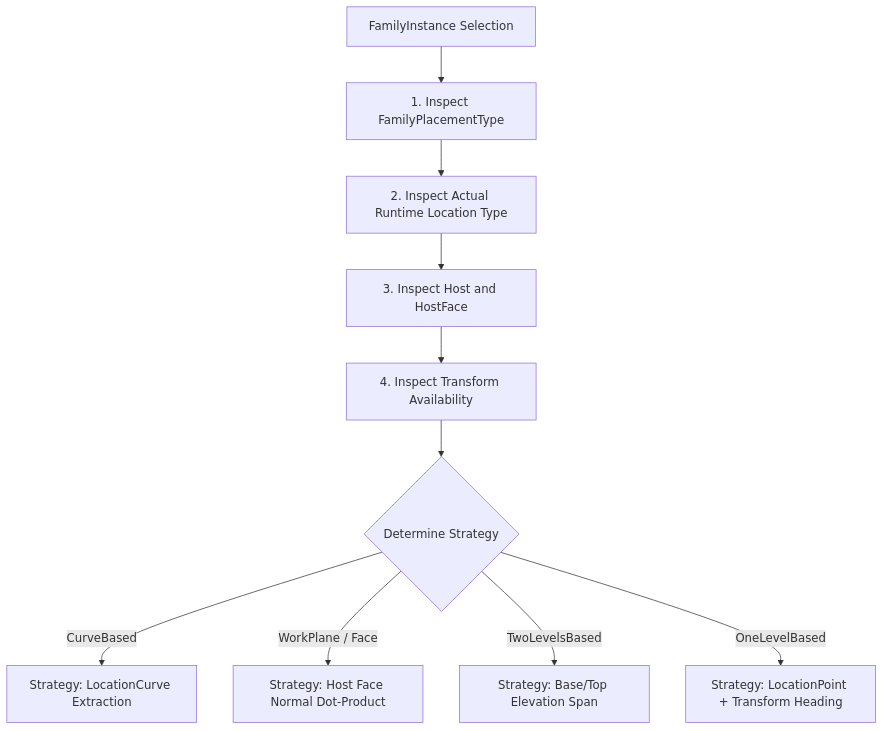
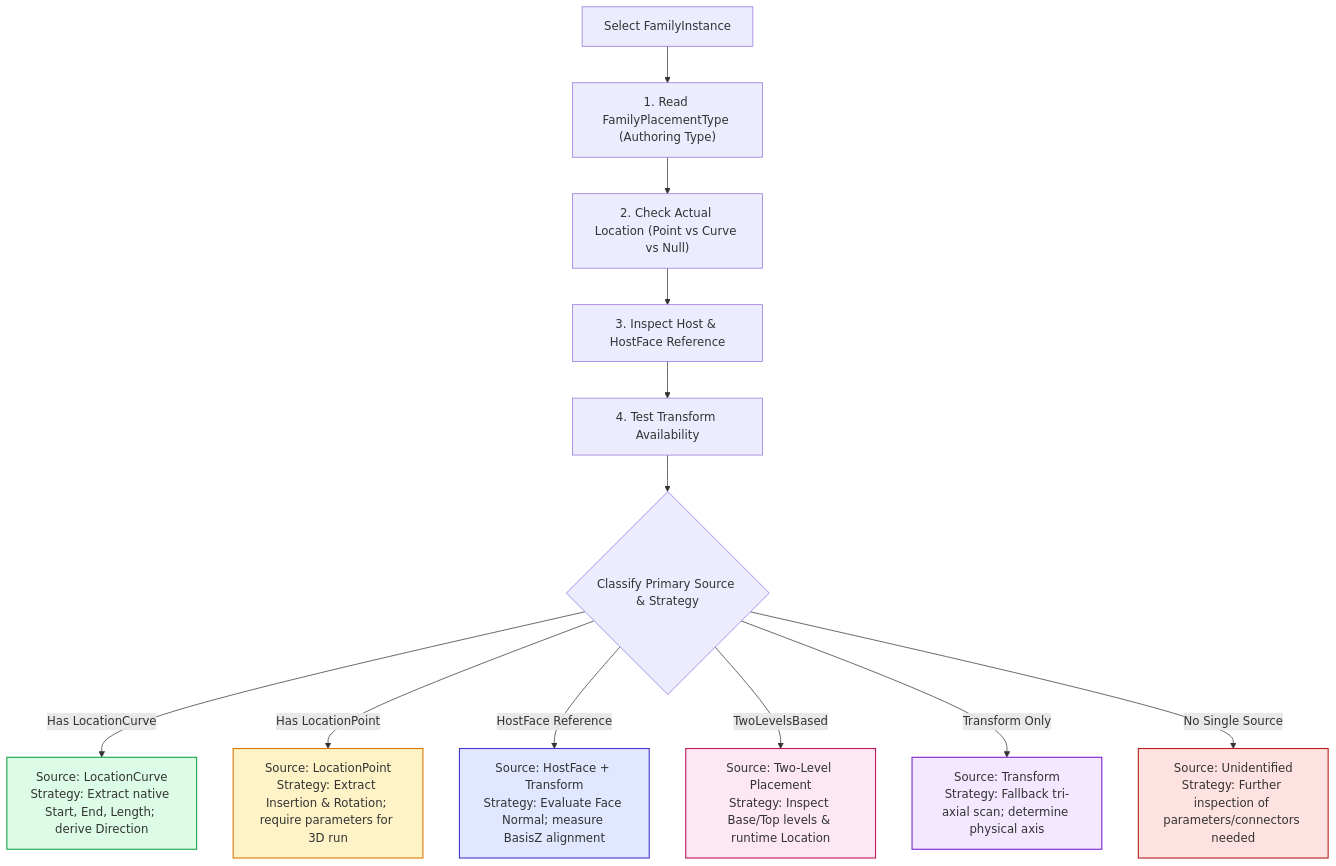
Diagram 15 of 21 in RevitApiSamples/Samples/TransformModule/TransformModule.md (Mustafa-TOMMY/CommandSamplesRevitApiVer2025), drawn with Mermaid before and after one commit. The commit also changed other lines of this file, not shown here.

Commit message:
Update mermaid file

````diff
--- a/RevitApiSamples/Samples/TransformModule/TransformModule.md
+++ b/RevitApiSamples/Samples/TransformModule/TransformModule.md
@@ -505,13 +629,22 @@
 ```mermaid
 flowchart TD
-    FI["FamilyInstance Selection"] --> C1["1. Inspect FamilyPlacementType"]
-    C1 --> C2["2. Inspect Actual Runtime Location Type"]
-    C2 --> C3["3. Inspect Host and HostFace"]
-    C3 --> C4["4. Inspect Transform Availability"]
-    C4 --> DECIDE{"Determine Strategy"}
+    FI["Select FamilyInstance"] --> C1["1. Read FamilyPlacementType (Authoring Type)"]
+    C1 --> C2["2. Check Actual Location (Point vs Curve vs Null)"]
+    C2 --> C3["3. Inspect Host & HostFace Reference"]
+    C3 --> C4["4. Test Transform Availability"]
+    C4 --> DECIDE{"Classify Primary Source & Strategy"}
 
-    DECIDE -->|CurveBased| S_CB["Strategy: LocationCurve Extraction"]
-    DECIDE -->|"WorkPlane / Face"| S_FB["Strategy: Host Face Normal Dot-Product"]
-    DECIDE -->|TwoLevelsBased| S_TL["Strategy: Base/Top Elevation Span"]
-    DECIDE -->|OneLevelBased| S_LP["Strategy: LocationPoint + Transform Heading"]
+    DECIDE -->|Has LocationCurve| S_LC["Source: LocationCurve<br/>Strategy: Extract native Start, End, Length; derive Direction"]
+    DECIDE -->|Has LocationPoint| S_LP["Source: LocationPoint<br/>Strategy: Extract Insertion & Rotation; require parameters for 3D run"]
+    DECIDE -->|HostFace Reference| S_HF["Source: HostFace + Transform<br/>Strategy: Evaluate Face Normal; measure BasisZ alignment"]
+    DECIDE -->|TwoLevelsBased| S_TL["Source: Two-Level Placement<br/>Strategy: Inspect Base/Top levels & runtime Location"]
+    DECIDE -->|Transform Only| S_TR["Source: Transform<br/>Strategy: Fallback tri-axial scan; determine physical axis"]
+    DECIDE -->|No Single Source| S_NO["Source: Unidentified<br/>Strategy: Further inspection of parameters/connectors needed"]
+
+    style S_LC fill:#dcfce7,stroke:#16a34a,stroke-width:1.5px
+    style S_LP fill:#fef3c7,stroke:#d97706,stroke-width:1.5px
+    style S_HF fill:#e0e7ff,stroke:#4338ca,stroke-width:1.5px
+    style S_TL fill:#fce7f3,stroke:#be185d,stroke-width:1.5px
+    style S_TR fill:#f3e8ff,stroke:#7e22ce,stroke-width:1.5px
+    style S_NO fill:#fee2e2,stroke:#b91c1c,stroke-width:1.5px
 ```
````
